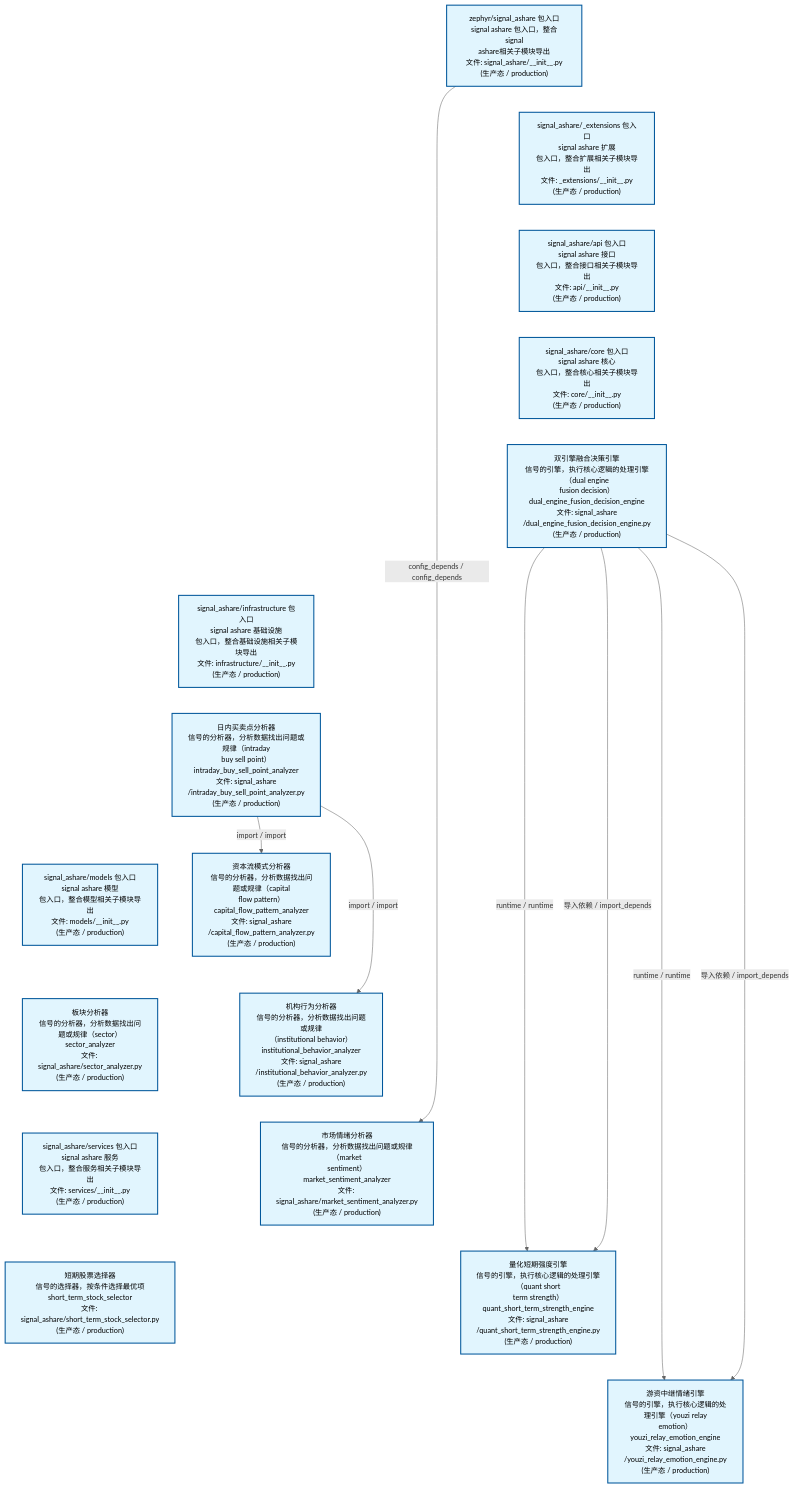
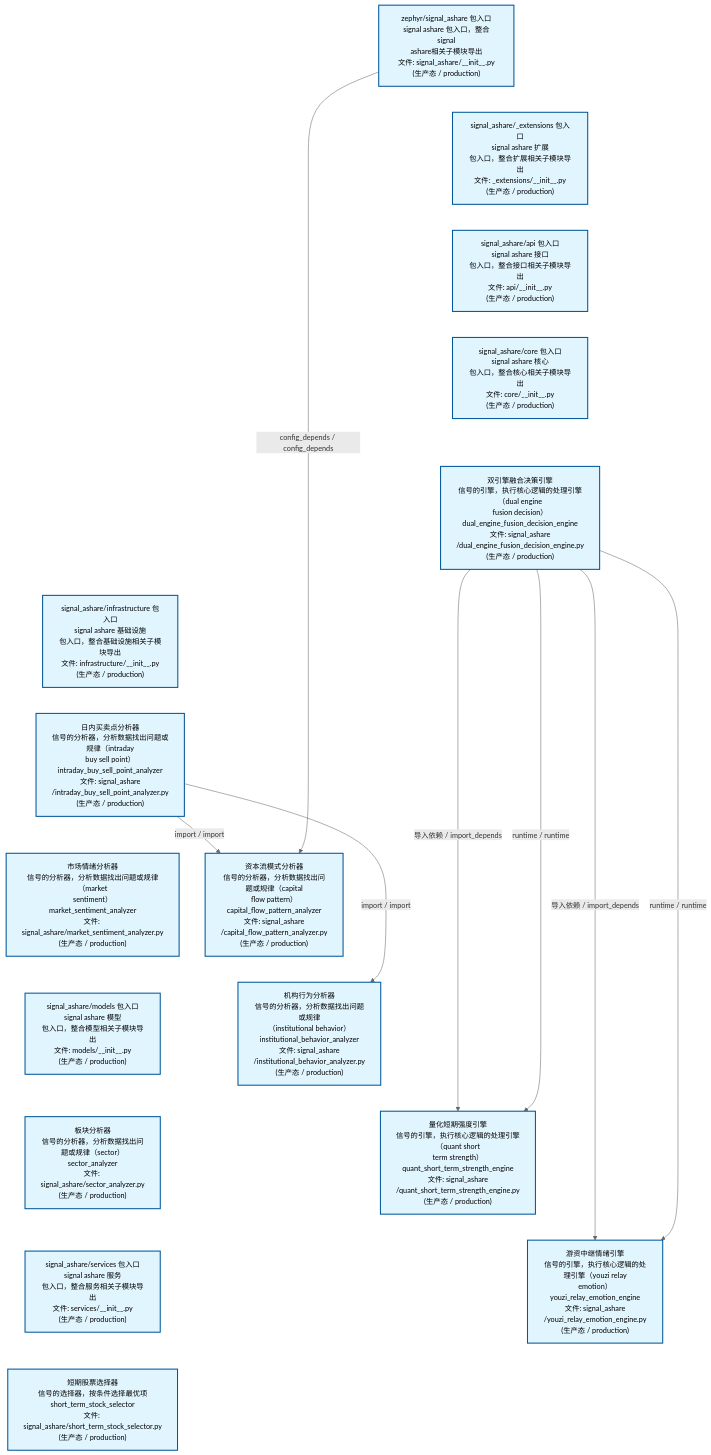
The second of 4 diagrams in docs/02_enterprise_architecture/02_domain_architecture_docs/32_d_ashare_signal.md (xuanFelixVan/ZephyrAlpha), drawn with Mermaid before and after one commit. The commit also changed other lines of this file and 45 other files, not shown here.

````diff
--- a/docs/02_enterprise_architecture/02_domain_architecture_docs/32_d_ashare_signal.md
+++ b/docs/02_enterprise_architecture/02_domain_architecture_docs/32_d_ashare_signal.md
@@ -175,46 +175,46 @@
 ```mermaid
 %%{init: {'theme': 'base', 'themeVariables': {'primaryColor': '#eaeaea', 'primaryTextColor': '#333333', 'primaryBorderColor': '#666666', 'lineColor': '#666666', 'secondaryColor': '#eaeaea', 'tertiaryColor': '#eaeaea', 'fontSize': '14px'}}}%%
 flowchart TD
     src_zephyr_signal_ashare_init_py["zephyr/signal_ashare 包入口<br/>signal ashare 包入口，整合signal<br/>ashare相关子模块导出<br/>文件: signal_ashare/__init__.py<br/>(生产态 / production)"]
     src_zephyr_signal_ashare_extensions_init_py["signal_ashare/_extensions 包入口<br/>signal ashare 扩展<br/>包入口，整合扩展相关子模块导出<br/>文件: _extensions/__init__.py<br/>(生产态 / production)"]
     src_zephyr_signal_ashare_api_init_py["signal_ashare/api 包入口<br/>signal ashare 接口<br/>包入口，整合接口相关子模块导出<br/>文件: api/__init__.py<br/>(生产态 / production)"]
     src_zephyr_signal_ashare_core_init_py["signal_ashare/core 包入口<br/>signal ashare 核心<br/>包入口，整合核心相关子模块导出<br/>文件: core/__init__.py<br/>(生产态 / production)"]
     src_zephyr_signal_ashare_dual_engine_fusion_decision_engine_py["双引擎融合决策引擎<br/>信号的引擎，执行核心逻辑的处理引擎（dual engine<br/>fusion decision）<br/>dual_engine_fusion_decision_engine<br/>文件: signal_ashare<br/>/dual_engine_fusion_decision_engine.py<br/>(生产态 / production)"]
     src_zephyr_signal_ashare_infrastructure_init_py["signal_ashare/infrastructure 包入口<br/>signal ashare 基础设施<br/>包入口，整合基础设施相关子模块导出<br/>文件: infrastructure/__init__.py<br/>(生产态 / production)"]
     src_zephyr_signal_ashare_intraday_buy_sell_point_analyzer_py["日内买卖点分析器<br/>信号的分析器，分析数据找出问题或规律（intraday<br/>buy sell point）<br/>intraday_buy_sell_point_analyzer<br/>文件: signal_ashare<br/>/intraday_buy_sell_point_analyzer.py<br/>(生产态 / production)"]
+    src_zephyr_signal_ashare_market_sentiment_analyzer_py["市场情绪分析器<br/>信号的分析器，分析数据找出问题或规律（market<br/>sentiment）<br/>market_sentiment_analyzer<br/>文件: signal_ashare/market_sentiment_analyzer.py<br/>(生产态 / production)"]
     src_zephyr_signal_ashare_models_init_py["signal_ashare/models 包入口<br/>signal ashare 模型<br/>包入口，整合模型相关子模块导出<br/>文件: models/__init__.py<br/>(生产态 / production)"]
     src_zephyr_signal_ashare_sector_analyzer_py["板块分析器<br/>信号的分析器，分析数据找出问题或规律（sector）<br/>sector_analyzer<br/>文件: signal_ashare/sector_analyzer.py<br/>(生产态 / production)"]
     src_zephyr_signal_ashare_services_init_py["signal_ashare/services 包入口<br/>signal ashare 服务<br/>包入口，整合服务相关子模块导出<br/>文件: services/__init__.py<br/>(生产态 / production)"]
     src_zephyr_signal_ashare_short_term_stock_selector_py["短期股票选择器<br/>信号的选择器，按条件选择最优项<br/>short_term_stock_selector<br/>文件: signal_ashare/short_term_stock_selector.py<br/>(生产态 / production)"]
     src_zephyr_signal_ashare_init_py ~~~ src_zephyr_signal_ashare_extensions_init_py
     src_zephyr_signal_ashare_extensions_init_py ~~~ src_zephyr_signal_ashare_api_init_py
     src_zephyr_signal_ashare_api_init_py ~~~ src_zephyr_signal_ashare_core_init_py
     src_zephyr_signal_ashare_core_init_py ~~~ src_zephyr_signal_ashare_dual_engine_fusion_decision_engine_py
     src_zephyr_signal_ashare_dual_engine_fusion_decision_engine_py ~~~ src_zephyr_signal_ashare_infrastructure_init_py
     src_zephyr_signal_ashare_infrastructure_init_py ~~~ src_zephyr_signal_ashare_intraday_buy_sell_point_analyzer_py
-    src_zephyr_signal_ashare_intraday_buy_sell_point_analyzer_py ~~~ src_zephyr_signal_ashare_models_init_py
+    src_zephyr_signal_ashare_intraday_buy_sell_point_analyzer_py ~~~ src_zephyr_signal_ashare_market_sentiment_analyzer_py
+    src_zephyr_signal_ashare_market_sentiment_analyzer_py ~~~ src_zephyr_signal_ashare_models_init_py
     src_zephyr_signal_ashare_models_init_py ~~~ src_zephyr_signal_ashare_sector_analyzer_py
     src_zephyr_signal_ashare_sector_analyzer_py ~~~ src_zephyr_signal_ashare_services_init_py
     src_zephyr_signal_ashare_services_init_py ~~~ src_zephyr_signal_ashare_short_term_stock_selector_py
     src_zephyr_signal_ashare_capital_flow_pattern_analyzer_py["资本流模式分析器<br/>信号的分析器，分析数据找出问题或规律（capital<br/>flow pattern）<br/>capital_flow_pattern_analyzer<br/>文件: signal_ashare<br/>/capital_flow_pattern_analyzer.py<br/>(生产态 / production)"]
     src_zephyr_signal_ashare_institutional_behavior_analyzer_py["机构行为分析器<br/>信号的分析器，分析数据找出问题或规律<br/>（institutional behavior）<br/>institutional_behavior_analyzer<br/>文件: signal_ashare<br/>/institutional_behavior_analyzer.py<br/>(生产态 / production)"]
-    src_zephyr_signal_ashare_market_sentiment_analyzer_py["市场情绪分析器<br/>信号的分析器，分析数据找出问题或规律（market<br/>sentiment）<br/>market_sentiment_analyzer<br/>文件: signal_ashare/market_sentiment_analyzer.py<br/>(生产态 / production)"]
     src_zephyr_signal_ashare_quant_short_term_strength_engine_py["量化短期强度引擎<br/>信号的引擎，执行核心逻辑的处理引擎（quant short<br/>term strength）<br/>quant_short_term_strength_engine<br/>文件: signal_ashare<br/>/quant_short_term_strength_engine.py<br/>(生产态 / production)"]
     src_zephyr_signal_ashare_youzi_relay_emotion_engine_py["游资中继情绪引擎<br/>信号的引擎，执行核心逻辑的处理引擎（youzi relay<br/>emotion）<br/>youzi_relay_emotion_engine<br/>文件: signal_ashare<br/>/youzi_relay_emotion_engine.py<br/>(生产态 / production)"]
     src_zephyr_signal_ashare_capital_flow_pattern_analyzer_py ~~~ src_zephyr_signal_ashare_institutional_behavior_analyzer_py
-    src_zephyr_signal_ashare_institutional_behavior_analyzer_py ~~~ src_zephyr_signal_ashare_market_sentiment_analyzer_py
-    src_zephyr_signal_ashare_market_sentiment_analyzer_py ~~~ src_zephyr_signal_ashare_quant_short_term_strength_engine_py
+    src_zephyr_signal_ashare_institutional_behavior_analyzer_py ~~~ src_zephyr_signal_ashare_quant_short_term_strength_engine_py
     src_zephyr_signal_ashare_quant_short_term_strength_engine_py ~~~ src_zephyr_signal_ashare_youzi_relay_emotion_engine_py
-    src_zephyr_signal_ashare_dual_engine_fusion_decision_engine_py -->|runtime / runtime| src_zephyr_signal_ashare_quant_short_term_strength_engine_py
-    src_zephyr_signal_ashare_dual_engine_fusion_decision_engine_py -->|导入依赖 / import_depends| src_zephyr_signal_ashare_quant_short_term_strength_engine_py
-    src_zephyr_signal_ashare_dual_engine_fusion_decision_engine_py -->|runtime / runtime| src_zephyr_signal_ashare_youzi_relay_emotion_engine_py
-    src_zephyr_signal_ashare_dual_engine_fusion_decision_engine_py -->|导入依赖 / import_depends| src_zephyr_signal_ashare_youzi_relay_emotion_engine_py
     src_zephyr_signal_ashare_intraday_buy_sell_point_analyzer_py -->|import / import| src_zephyr_signal_ashare_capital_flow_pattern_analyzer_py
     src_zephyr_signal_ashare_intraday_buy_sell_point_analyzer_py -->|import / import| src_zephyr_signal_ashare_institutional_behavior_analyzer_py
-    src_zephyr_signal_ashare_init_py -->|config_depends / config_depends| src_zephyr_signal_ashare_market_sentiment_analyzer_py
+    src_zephyr_signal_ashare_dual_engine_fusion_decision_engine_py -->|导入依赖 / import_depends| src_zephyr_signal_ashare_quant_short_term_strength_engine_py
+    src_zephyr_signal_ashare_dual_engine_fusion_decision_engine_py -->|runtime / runtime| src_zephyr_signal_ashare_quant_short_term_strength_engine_py
+    src_zephyr_signal_ashare_dual_engine_fusion_decision_engine_py -->|导入依赖 / import_depends| src_zephyr_signal_ashare_youzi_relay_emotion_engine_py
+    src_zephyr_signal_ashare_dual_engine_fusion_decision_engine_py -->|runtime / runtime| src_zephyr_signal_ashare_youzi_relay_emotion_engine_py
+    src_zephyr_signal_ashare_init_py -->|config_depends / config_depends| src_zephyr_signal_ashare_capital_flow_pattern_analyzer_py
     classDef production fill:#e1f5fe,stroke:#01579b,stroke-width:2px,color:#000
     classDef design fill:#fff3e0,stroke:#e65100,stroke-width:2px,color:#000,stroke-dasharray: 5 5
     classDef external_prod fill:#e8f4fd,stroke:#0277bd,stroke-width:1px,color:#000
     classDef external_design fill:#fff8e7,stroke:#ef6c00,stroke-width:1px,color:#000,stroke-dasharray: 5 5
     class src_zephyr_signal_ashare_init_py,src_zephyr_signal_ashare_extensions_init_py,src_zephyr_signal_ashare_api_init_py,src_zephyr_signal_ashare_capital_flow_pattern_analyzer_py,src_zephyr_signal_ashare_core_init_py,src_zephyr_signal_ashare_dual_engine_fusion_decision_engine_py,src_zephyr_signal_ashare_infrastructure_init_py,src_zephyr_signal_ashare_institutional_behavior_analyzer_py,src_zephyr_signal_ashare_intraday_buy_sell_point_analyzer_py,src_zephyr_signal_ashare_market_sentiment_analyzer_py,src_zephyr_signal_ashare_models_init_py,src_zephyr_signal_ashare_quant_short_term_strength_engine_py,src_zephyr_signal_ashare_sector_analyzer_py,src_zephyr_signal_ashare_services_init_py,src_zephyr_signal_ashare_short_term_stock_selector_py,src_zephyr_signal_ashare_youzi_relay_emotion_engine_py production
 ```
````
